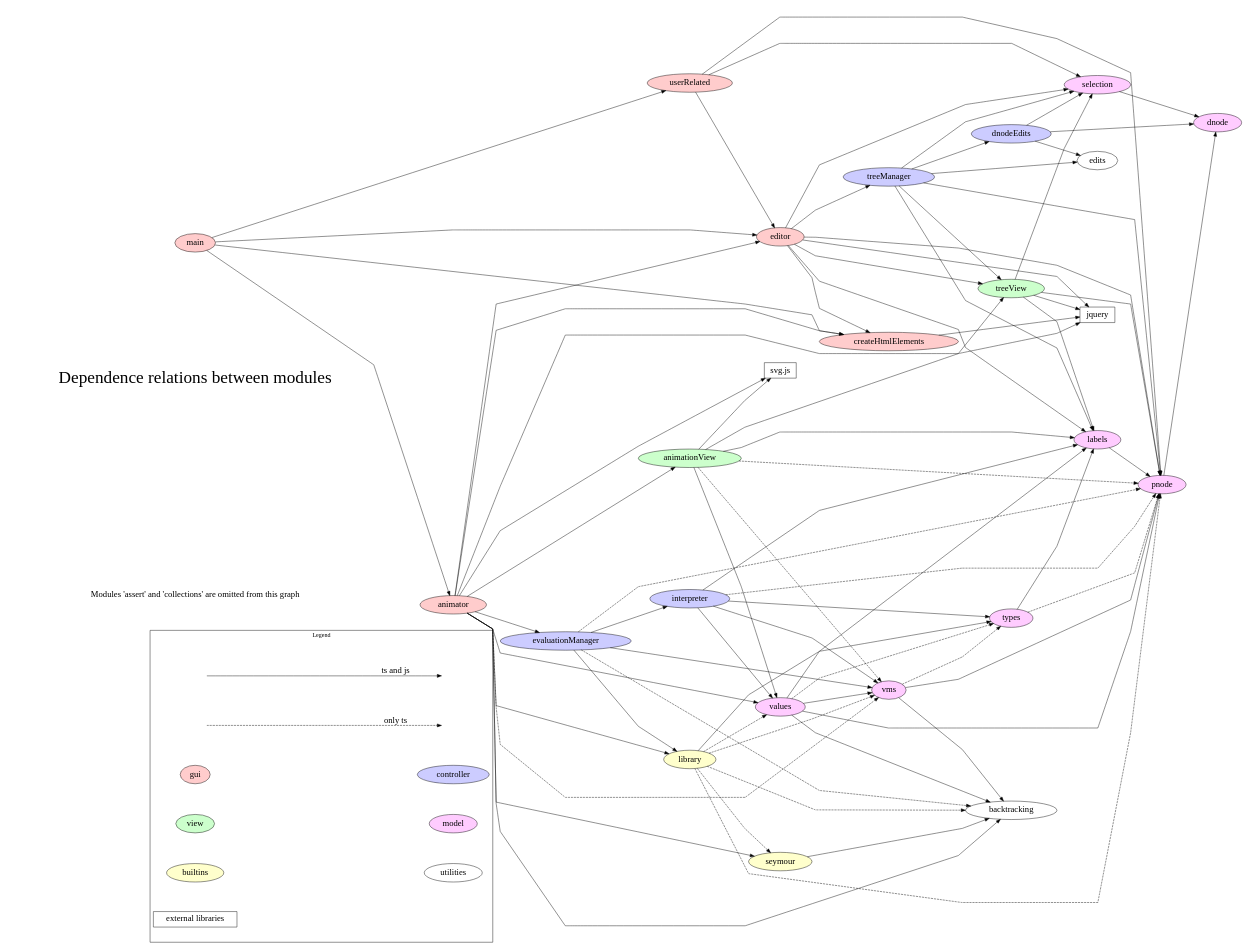
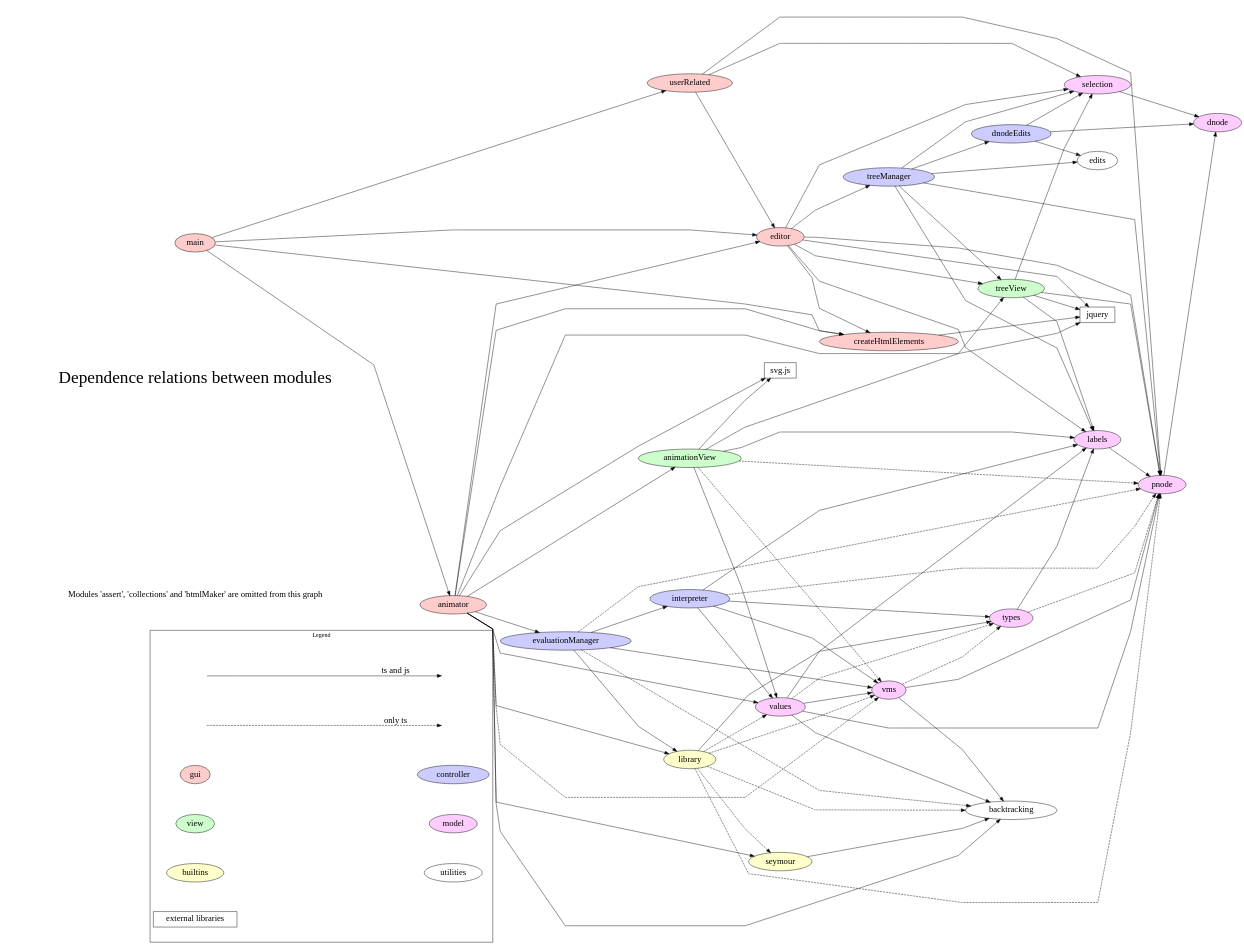
One commit to theodore-norvell/PLAAY changed the diagram in typescriptSrc/dependence.gv. Above: the diagram before and after it, drawn with Graphviz. The commit also changed 6 other files, not shown here.

```diff
--- a/typescriptSrc/dependence.gv
+++ b/typescriptSrc/dependence.gv
@@ -1,163 +1,163 @@
 
 digraph Depends {
     size="9,6.5" ;
     splines="polyline" ;
     nodesep=0.2 ;
     ranksep=0.2 ;
    ratio=fill;
    rankdir = LR ;
    node[fontsize=20];
 
    subgraph cluster1 {
         label = "Legend" ;
         shape=rectangle ;
         color = black ;
         a [style=invis];
         b [style=invis] ;
         c [style=invis] ;
         d [style=invis] ;
         c -> d [label="only ts", style=dashed, fontsize=20] ; 
         a -> b [label="ts and js", fontsize=20] ;
         gui -> controller [style=invis] ;
         view -> model [style=invis] ;
         builtins -> utilities [style=invis] ;
 
         gui [style=filled, fillcolor="#ffcccc"] ;
         controller [style=filled, fillcolor="#ccccff"] ;
         view [style=filled, fillcolor="#ccffcc"] ;
         model [style=filled, fillcolor="#ffccff"] ;
         builtins [style=filled, fillcolor="#ffffcc"] ;
         utilities ;
         "external libraries" [shape=rectangle] ;
     }
 
-   utils [label="Modules 'assert' and 'collections' are omitted from this graph",
+   utils [label="Modules 'assert', 'collections' and 'htmlMaker' are omitted from this graph",
               shape=none] ;
    caption [ label="Dependence relations between modules", fontsize=40,
               shape=none] ;
 
     main [style=filled, fillcolor="#ffcccc"] ;
     editor [style=filled, fillcolor="#ffcccc"] ;
     animator [style=filled, fillcolor="#ffcccc"] ;
     createHtmlElements [style=filled, fillcolor="#ffcccc"] ;
     userRelated [style=filled, fillcolor="#ffcccc" ] ;
     
     evaluationManager [style=filled, fillcolor="#ccccff"] ;
     interpreter [style=filled, fillcolor="#ccccff"] ;
     treeManager [style=filled, fillcolor="#ccccff"] ;
     dnodeEdits [style=filled, fillcolor="#ccccff"] ;
     
     treeView [style=filled, fillcolor="#ccffcc"] ;
     animationView [style=filled, fillcolor="#ccffcc"] ;
 
     vms [style=filled, fillcolor="#ffccff"] ;
     values [style=filled, fillcolor="#ffccff"] ;
     types [style=filled, fillcolor="#ffccff"] ;
     labels [style=filled, fillcolor="#ffccff"] ;
     selection [style=filled, fillcolor="#ffccff"] ;
     pnode [style=filled, fillcolor="#ffccff"] ;
     dnode [style=filled, fillcolor="#ffccff"] ;
 
     library [style=filled, fillcolor="#ffffcc"] ;
     seymour [style=filled, fillcolor="#ffffcc"] ;
     
    animator -> animationView  ;
    animator -> backtracking ;
    animator -> createHtmlElements ;
    animator -> editor ;
    animator -> evaluationManager ;
    animator -> seymour ;
    animator -> values ;
    animator -> library ;
    animator -> vms [style=dashed] ;
    animator -> svg ;
    animator -> jquery ;
 
    animationView -> labels ;
    animationView -> pnode [style=dashed] ;
    animationView -> treeView ;
    animationView -> values ;
    animationView -> vms [style=dashed];
    animationView -> svg ;
    
    createHtmlElements -> jquery ;
 
    editor -> createHtmlElements ;
    editor -> labels ;
    editor -> pnode  ;
    editor -> selection ;
    editor -> treeView ;
    editor -> treeManager ;
    editor -> jquery ;
 
    evaluationManager -> backtracking  [style=dashed];
    evaluationManager -> interpreter ;
    evaluationManager -> pnode  [style=dashed];
    evaluationManager -> vms ;
    evaluationManager -> library ;
 
    interpreter -> labels ;
    interpreter -> pnode  [style=dashed];
    interpreter -> types ;
    interpreter -> values ;
    interpreter -> vms ;
 
    jquery [shape=rectangle]
     
    labels -> pnode ;
 
    main -> animator ;
    main -> createHtmlElements ;
    main -> editor ;
    main -> userRelated ;
 
    pnode -> dnode ;
 
    dnodeEdits -> edits ;
    dnodeEdits -> dnode ;
    dnodeEdits -> selection ;
    
    types -> pnode [style=dashed];
    types -> labels ;
 
    selection -> dnode ;
 
    seymour -> backtracking ;
 
    treeView -> labels ;
    treeView -> pnode ;
    treeView -> selection ;
    treeView -> jquery ;
 
    svg [label="svg.js", shape=rectangle] ;
 
    treeManager -> edits ;
    treeManager -> labels ;
    treeManager -> pnode ;
    treeManager -> dnodeEdits ;
    treeManager -> selection ;
    treeManager -> treeView ;
 
    userRelated -> editor ;
    userRelated -> selection ;
    userRelated -> pnode ;
    
    values -> backtracking ;
    values -> labels ;
    values -> pnode ;
    values -> types  [style=dashed];
    values -> vms ;
 
    
    vms -> backtracking
    vms -> pnode ;
    vms -> types  [style=dashed];
 
    library -> backtracking  [style=dashed];
    library -> pnode  [style=dashed];
    library -> seymour  [style=dashed];
    library -> types ;
    library -> values  [style=dashed];
    library -> vms  [style=dashed];
    
 }
```
